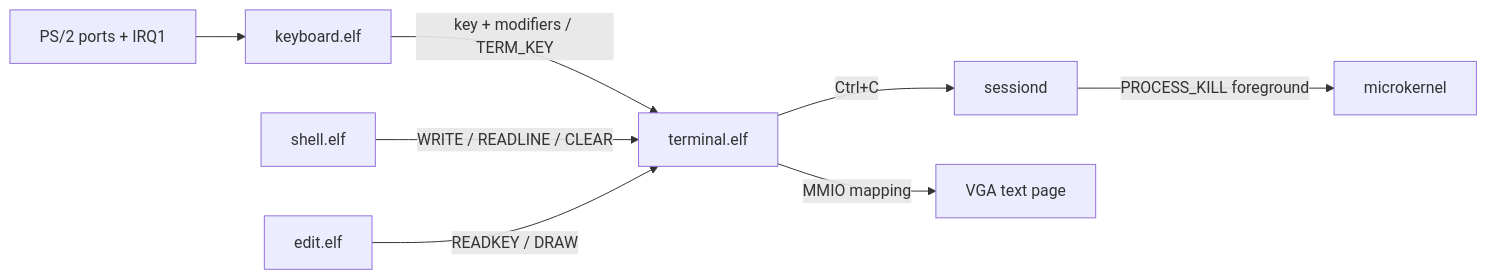
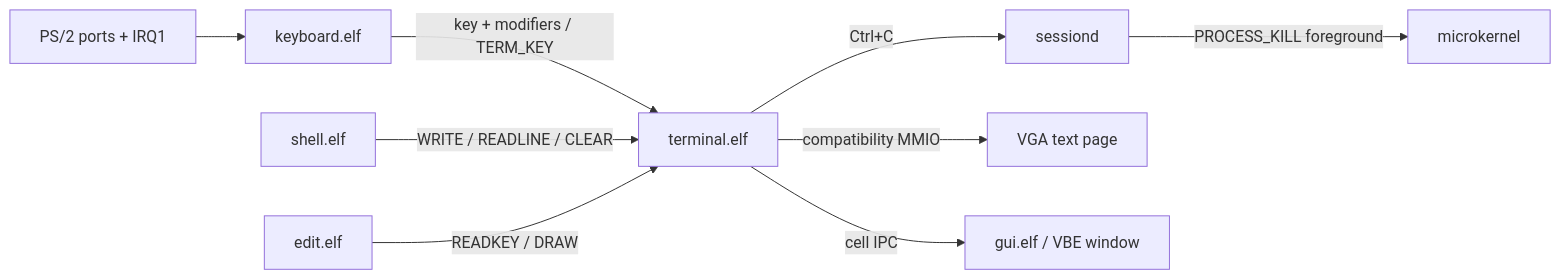
The diagram in docs/DRIVERS.md (VladimirKraswov/varania-os), drawn with Mermaid before and after one commit. The commit also changed other lines of this file and 44 other files, not shown here.

Commit message:
Add user-space GUI desktop and window manager

````diff
--- a/docs/DRIVERS.md
+++ b/docs/DRIVERS.md
@@ -72,10 +77,11 @@
 ```mermaid
 flowchart LR
     P["PS/2 ports + IRQ1"] --> K["keyboard.elf"]
     K -->|"key + modifiers / TERM_KEY"| T["terminal.elf"]
     S["shell.elf"] -->|"WRITE / READLINE / CLEAR"| T
     E["edit.elf"] -->|"READKEY / DRAW"| T
     T -->|"Ctrl+C"| SD["sessiond"]
     SD -->|"PROCESS_KILL foreground"| KERNEL["microkernel"]
-    T -->|"MMIO mapping"| V["VGA text page"]
+    T -->|"compatibility MMIO"| V["VGA text page"]
+    T -->|"cell IPC"| G["gui.elf / VBE window"]
 ```
````
